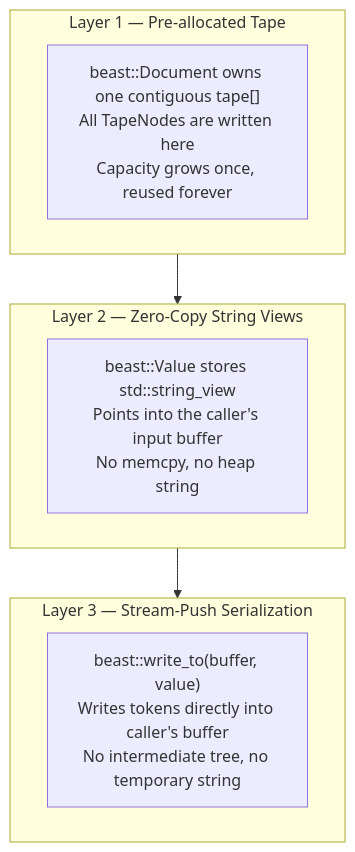
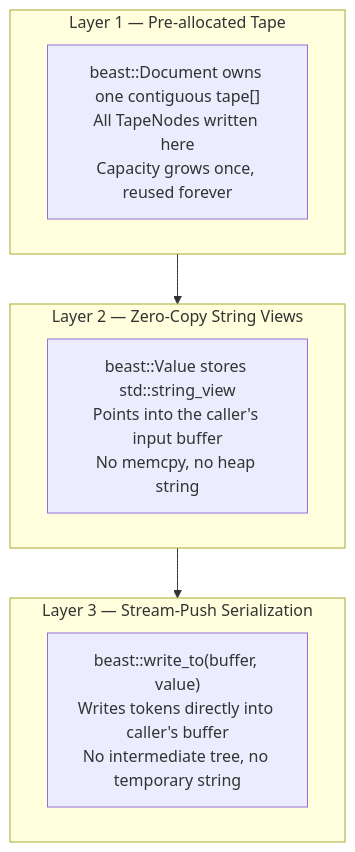
One commit to the-lkb/beast-json changed the second of 7 diagrams in docs/theory/zero-allocation.md. Above: the diagram before and after it, drawn with Mermaid. The commit also changed other lines of this file and 4 other files, not shown here.

````diff
--- a/docs/theory/zero-allocation.md
+++ b/docs/theory/zero-allocation.md
@@ -37,19 +37,16 @@
 ```mermaid
 flowchart TB
     subgraph L1["Layer 1 — Pre-allocated Tape"]
-        direction LR
-        T1["beast::Document owns one contiguous tape[]\nAll TapeNodes are written here\nCapacity grows once, reused forever"]
+        T1["beast::Document owns one contiguous tape[]<br/>All TapeNodes written here<br/>Capacity grows once, reused forever"]
     end
 
     subgraph L2["Layer 2 — Zero-Copy String Views"]
-        direction LR
-        T2["beast::Value stores std::string_view\nPoints into the caller's input buffer\nNo memcpy, no heap string"]
+        T2["beast::Value stores std::string_view<br/>Points into the caller's input buffer<br/>No memcpy, no heap string"]
     end
 
     subgraph L3["Layer 3 — Stream-Push Serialization"]
-        direction LR
-        T3["beast::write_to(buffer, value)\nWrites tokens directly into caller's buffer\nNo intermediate tree, no temporary string"]
+        T3["beast::write_to(buffer, value)<br/>Writes tokens directly into caller's buffer<br/>No intermediate tree, no temporary string"]
     end
 
     L1 --> L2 --> L3
 ```
````
